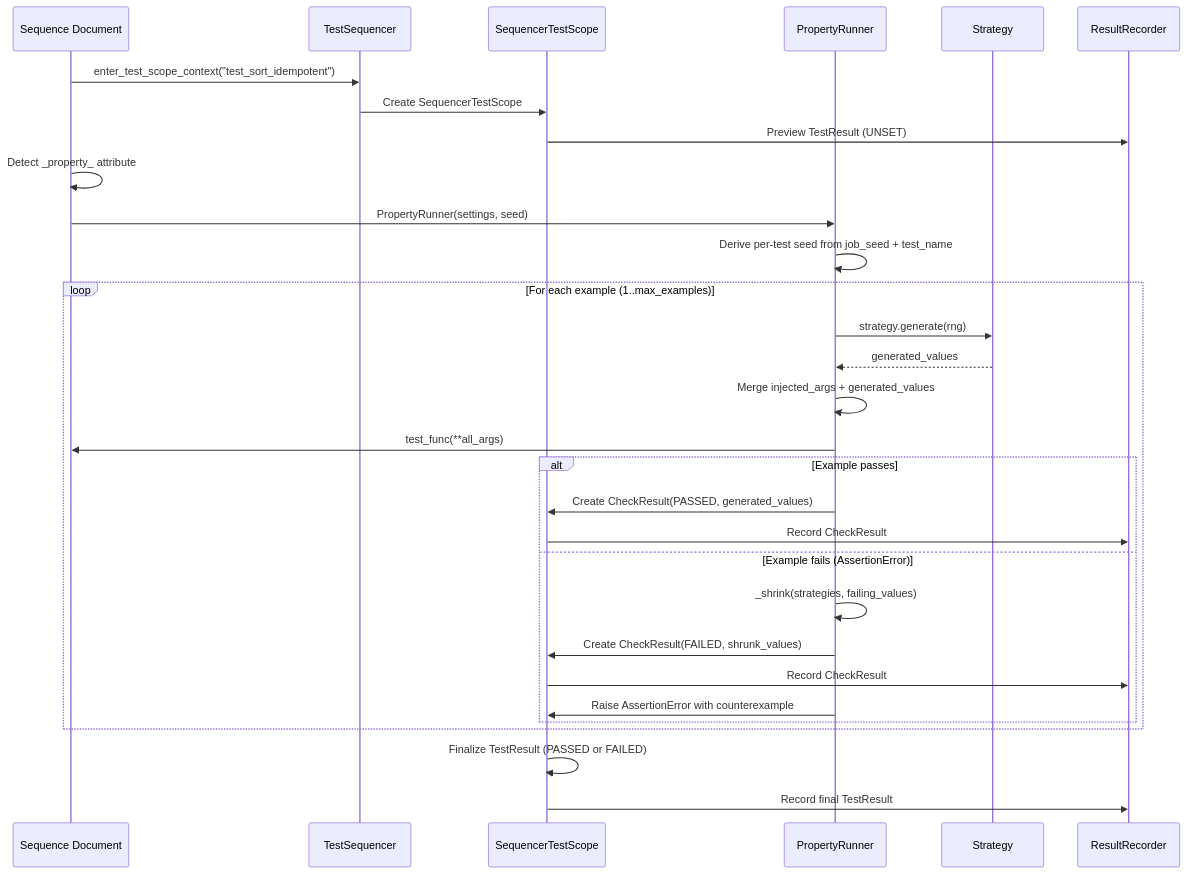
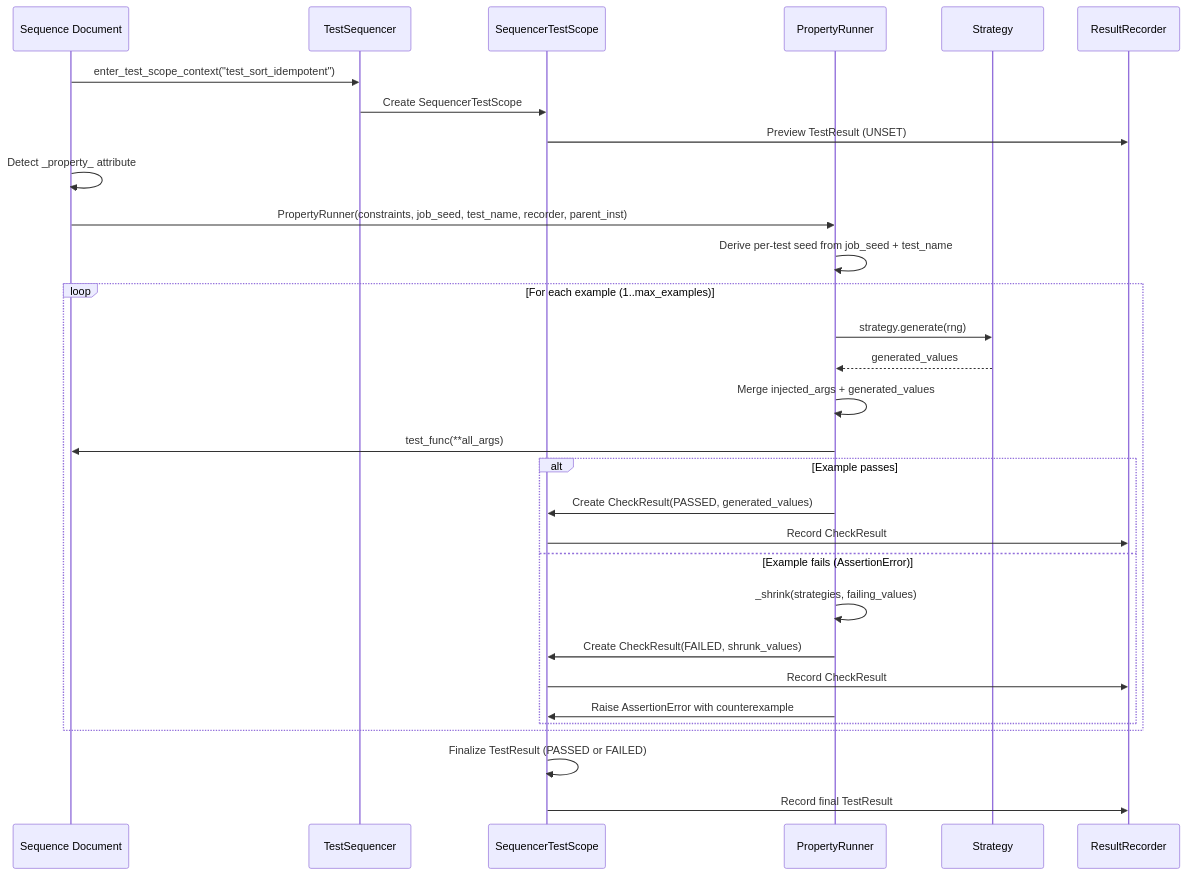
Before and after one commit to code-craft-ai-company/codecraftai-testbase: the sixth of 10 diagrams in specs/property-testing/design.md, drawn with Mermaid. The commit also changed other lines of this file and 15 other files, not shown here.

````diff
--- a/specs/property-testing/design.md
+++ b/specs/property-testing/design.md
@@ -315,37 +316,37 @@
 ```mermaid
 sequenceDiagram
     participant SD as Sequence Document
     participant TS as TestSequencer
     participant SC as SequencerTestScope
     participant PR as PropertyRunner
     participant ST as Strategy
     participant RR as ResultRecorder
 
     SD->>TS: enter_test_scope_context("test_sort_idempotent")
     TS->>SC: Create SequencerTestScope
     SC->>RR: Preview TestResult (UNSET)
 
     SD->>SD: Detect _property_ attribute
-    SD->>PR: PropertyRunner(settings, seed)
+    SD->>PR: PropertyRunner(constraints, job_seed, test_name, recorder, parent_inst)
     PR->>PR: Derive per-test seed from job_seed + test_name
 
     loop For each example (1..max_examples)
         PR->>ST: strategy.generate(rng)
         ST-->>PR: generated_values
         PR->>PR: Merge injected_args + generated_values
         PR->>SD: test_func(**all_args)
 
         alt Example passes
             PR->>SC: Create CheckResult(PASSED, generated_values)
             SC->>RR: Record CheckResult
         else Example fails (AssertionError)
             PR->>PR: _shrink(strategies, failing_values)
             PR->>SC: Create CheckResult(FAILED, shrunk_values)
             SC->>RR: Record CheckResult
             PR->>SC: Raise AssertionError with counterexample
         end
     end
 
     SC->>SC: Finalize TestResult (PASSED or FAILED)
     SC->>RR: Record final TestResult
 ```
````
